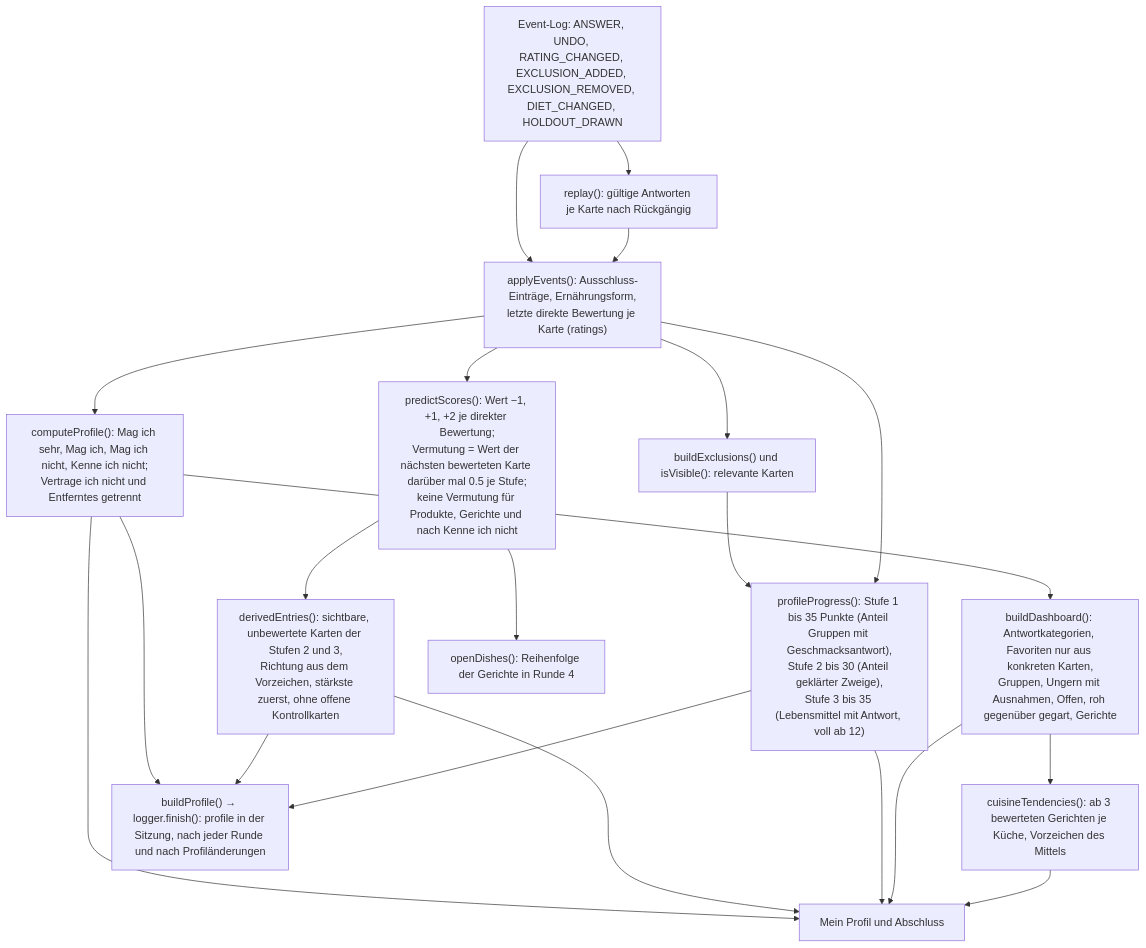
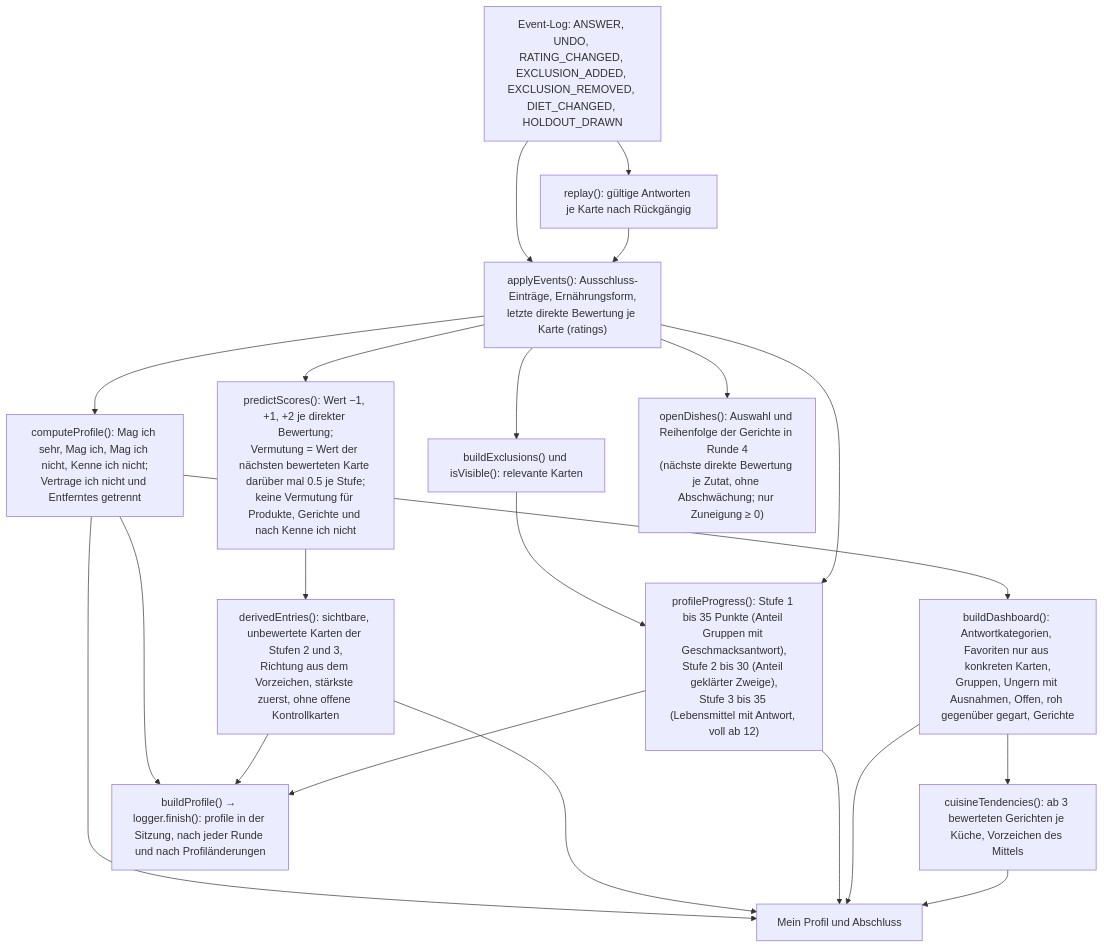
One commit to kerisan-jeg/geschmacksprofil-50plus changed the sixth of 6 diagrams in docs/05_Flowcharts.md. Above: the diagram before and after it, drawn with Mermaid. The commit also changed other lines of this file and 89 other files, not shown here.

````diff
--- a/docs/05_Flowcharts.md
+++ b/docs/05_Flowcharts.md
@@ -176,17 +176,17 @@
 ```mermaid
 flowchart TD
   L["Event-Log: ANSWER, UNDO, RATING_CHANGED, EXCLUSION_ADDED, EXCLUSION_REMOVED, DIET_CHANGED, HOLDOUT_DRAWN"] --> R["replay(): gültige Antworten je Karte nach Rückgängig"]
   L --> X["applyEvents(): Ausschluss-Einträge, Ernährungsform,<br/>letzte direkte Bewertung je Karte (ratings)"]
   R --> X
   X --> V["buildExclusions() und isVisible(): relevante Karten"]
   X --> P1["computeProfile(): Mag ich sehr, Mag ich, Mag ich nicht, Kenne ich nicht;<br/>Vertrage ich nicht und Entferntes getrennt"]
   X --> P2["predictScores(): Wert −1, +1, +2 je direkter Bewertung;<br/>Vermutung = Wert der nächsten bewerteten Karte darüber mal 0.5 je Stufe;<br/>keine Vermutung für Produkte, Gerichte und nach Kenne ich nicht"]
   P2 --> P3["derivedEntries(): sichtbare, unbewertete Karten der Stufen 2 und 3,<br/>Richtung aus dem Vorzeichen, stärkste zuerst, ohne offene Kontrollkarten"]
   V --> P4
   X --> P4["profileProgress(): Stufe 1 bis 35 Punkte (Anteil Gruppen mit Geschmacksantwort),<br/>Stufe 2 bis 30 (Anteil geklärter Zweige),<br/>Stufe 3 bis 35 (Lebensmittel mit Antwort, voll ab 12)"]
   P1 --> P5["buildDashboard(): Antwortkategorien, Favoriten nur aus konkreten Karten,<br/>Gruppen, Ungern mit Ausnahmen, Offen, roh gegenüber gegart, Gerichte"]
   P5 --> P6["cuisineTendencies(): ab 3 bewerteten Gerichten je Küche, Vorzeichen des Mittels"]
-  P2 --> D4["openDishes(): Reihenfolge der Gerichte in Runde 4"]
+  X --> D4["openDishes(): Auswahl und Reihenfolge der Gerichte in Runde 4<br/>(nächste direkte Bewertung je Zutat, ohne Abschwächung; nur Zuneigung ≥ 0)"]
   P1 & P3 & P4 & P5 & P6 --> UI["Mein Profil und Abschluss"]
   P1 & P3 & P4 --> LOGP["buildProfile() → logger.finish(): profile in der Sitzung, nach jeder Runde und nach Profiländerungen"]
 ```
````
